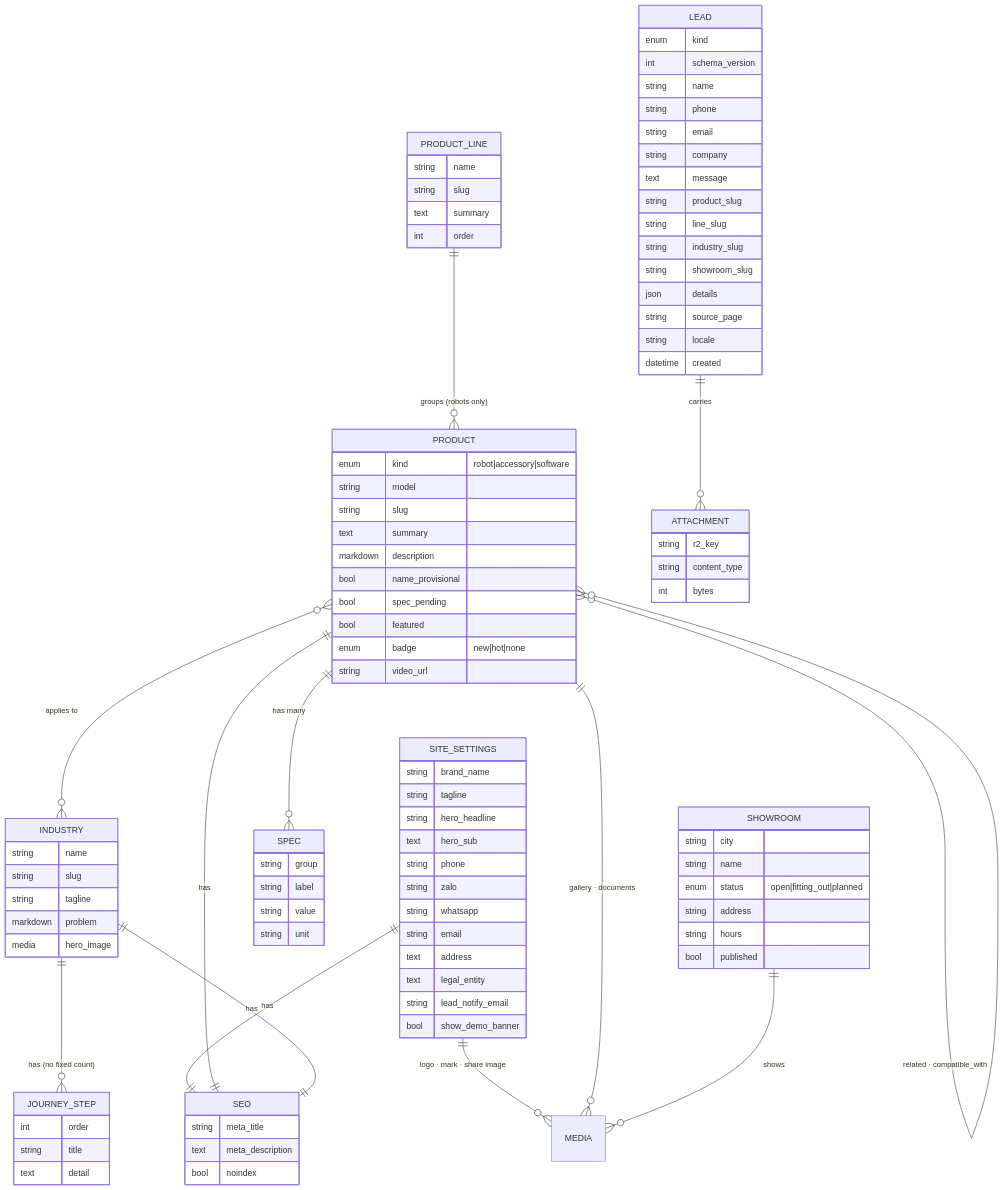
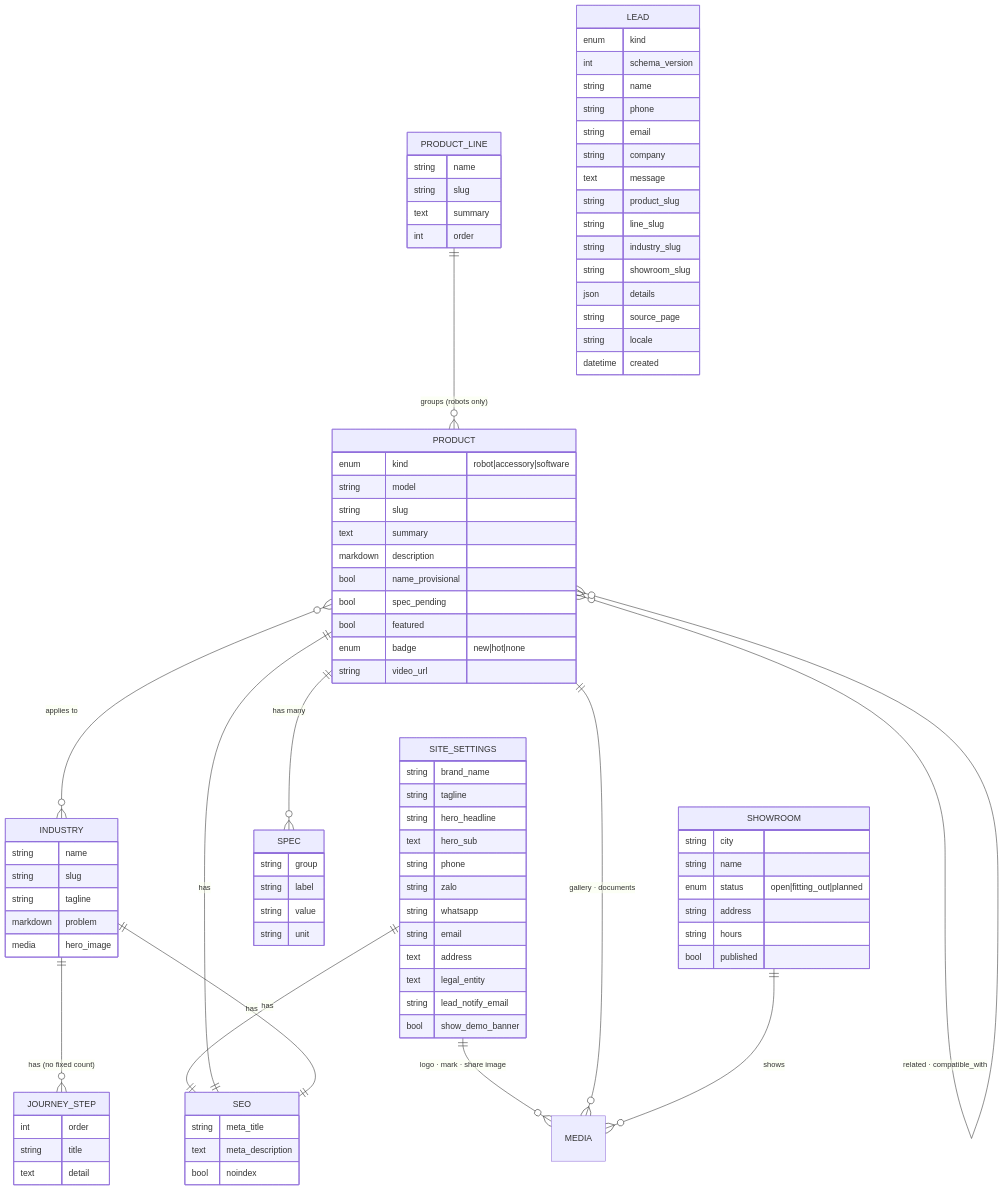
The fifth of 6 diagrams in docs/architecture.md (ancJ29/v-robotic), drawn with Mermaid before and after one commit. The commit also changed other lines of this file and 1 other file, not shown here.

````diff
--- a/docs/architecture.md
+++ b/docs/architecture.md
@@ -454,7 +358,6 @@
     INDUSTRY ||--o{ JOURNEY_STEP : "has (no fixed count)"
     INDUSTRY ||--|| SEO : has
     SHOWROOM ||--o{ MEDIA : shows
-    LEAD ||--o{ ATTACHMENT : carries
 
     SITE_SETTINGS {
         string brand_name
@@ -536,9 +439,4 @@
         string locale
         datetime created
     }
-    ATTACHMENT {
-        string r2_key
-        string content_type
-        int bytes
-    }
 ```
````
